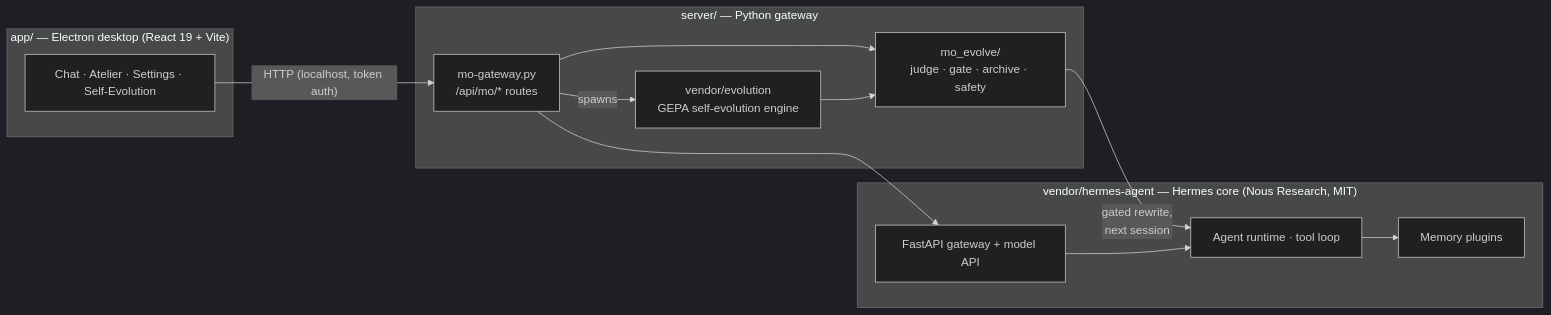
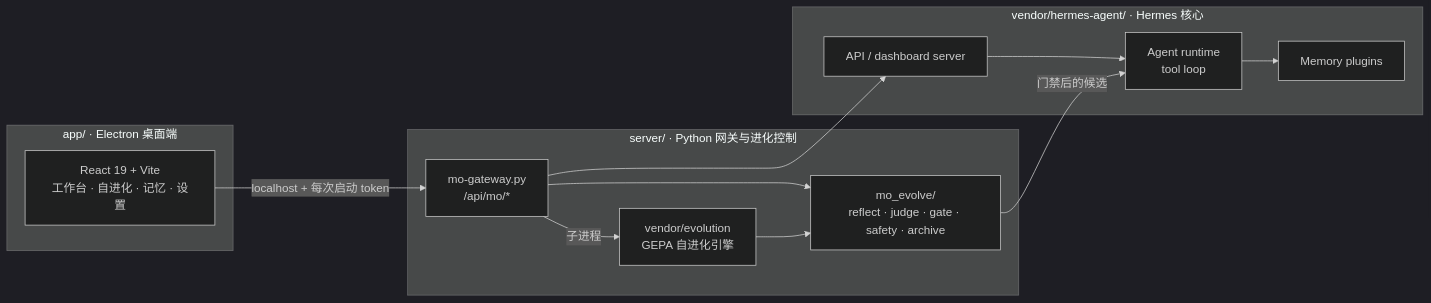
Before and after one commit to dctongsheng/mo-agent: the second of 2 diagrams in README.md, drawn with Mermaid (dark theme). The commit also changed other lines of this file and 21 other files, not shown here.

````diff
--- a/README.md
+++ b/README.md
@@ -38,25 +98,27 @@
 ```mermaid
 flowchart LR
-    subgraph App["app/ — Electron desktop (React 19 + Vite)"]
-        UI[Chat · Atelier · Settings · Self-Evolution]
-    end
-    subgraph Server["server/ — Python gateway"]
-        GW["mo-gateway.py<br/>/api/mo/* routes"]
-        MOE["mo_evolve/<br/>judge · gate · archive · safety"]
-        EVO["vendor/evolution<br/>GEPA self-evolution engine"]
-    end
-    subgraph Core["vendor/hermes-agent — Hermes core (Nous Research, MIT)"]
-        AG[Agent runtime · tool loop]
-        MEM[Memory plugins]
-        DASH[FastAPI gateway + model API]
+    subgraph App["app/ · Electron 桌面端"]
+        UI["React 19 + Vite<br/>工作台 · 自进化 · 记忆 · 设置"]
     end
 
-    UI -- "HTTP (localhost, token auth)" --> GW
-    GW --> DASH
-    GW -- "spawns" --> EVO
-    GW --> MOE
-    EVO --> MOE
-    MOE -- "gated rewrite,<br/>next session" --> AG
-    DASH --> AG
+    subgraph Server["server/ · Python 网关与进化控制"]
+        GW["mo-gateway.py<br/>/api/mo/*"]
+        CTRL["mo_evolve/<br/>reflect · judge · gate · safety · archive"]
+        GEPA["vendor/evolution<br/>GEPA 自进化引擎"]
+    end
+
+    subgraph Hermes["vendor/hermes-agent/ · Hermes 核心"]
+        AG["Agent runtime<br/>tool loop"]
+        MEM["Memory plugins"]
+        API["API / dashboard server"]
+    end
+
+    UI -- "localhost + 每次启动 token" --> GW
+    GW --> API
+    API --> AG
     AG --> MEM
+    GW --> CTRL
+    GW -- "子进程" --> GEPA
+    GEPA --> CTRL
+    CTRL -- "门禁后的候选" --> AG
 ```
````
